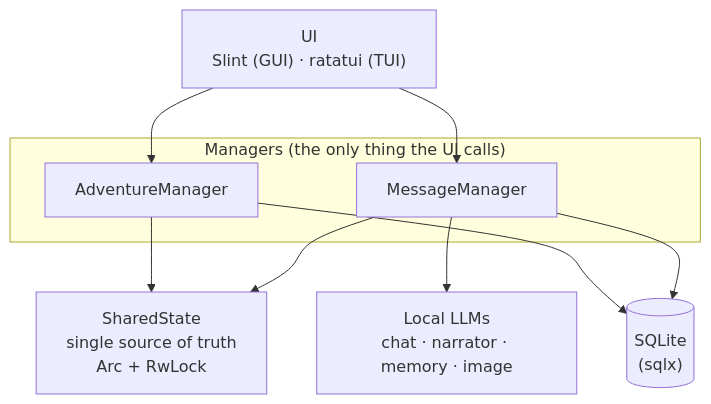
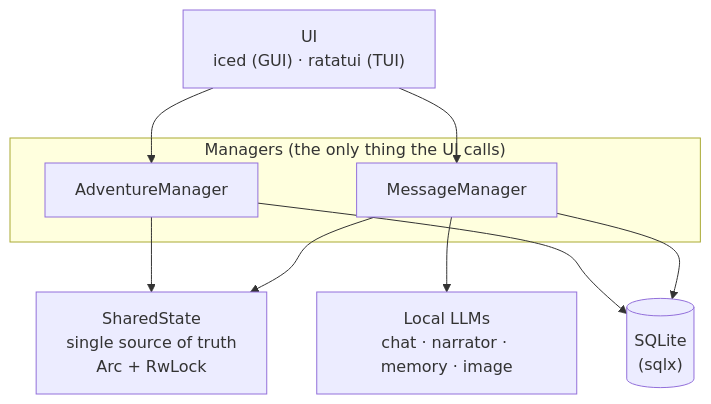
Before and after one commit to knands42/living-voices: the first of 2 diagrams in docs/Flow.md, drawn with Mermaid. The commit also changed 4 other files, not shown here.

````diff
--- a/docs/Flow.md
+++ b/docs/Flow.md
@@ -5,24 +5,24 @@
 ```mermaid
 flowchart TD
-    UI["UI<br/>Slint (GUI) · ratatui (TUI)"]
+    UI["UI<br/>iced (GUI) · ratatui (TUI)"]
 
     subgraph Managers["Managers (the only thing the UI calls)"]
         MM["MessageManager"]
         AM["AdventureManager"]
     end
 
     State["SharedState<br/>single source of truth<br/>Arc + RwLock"]
     DB[("SQLite<br/>(sqlx)")]
     LLM["Local LLMs<br/>chat · narrator · memory · image"]
 
     UI --> MM
     UI --> AM
 
     MM --> State
     AM --> State
 
     MM --> DB
     AM --> DB
 
     MM --> LLM
 ```
````
